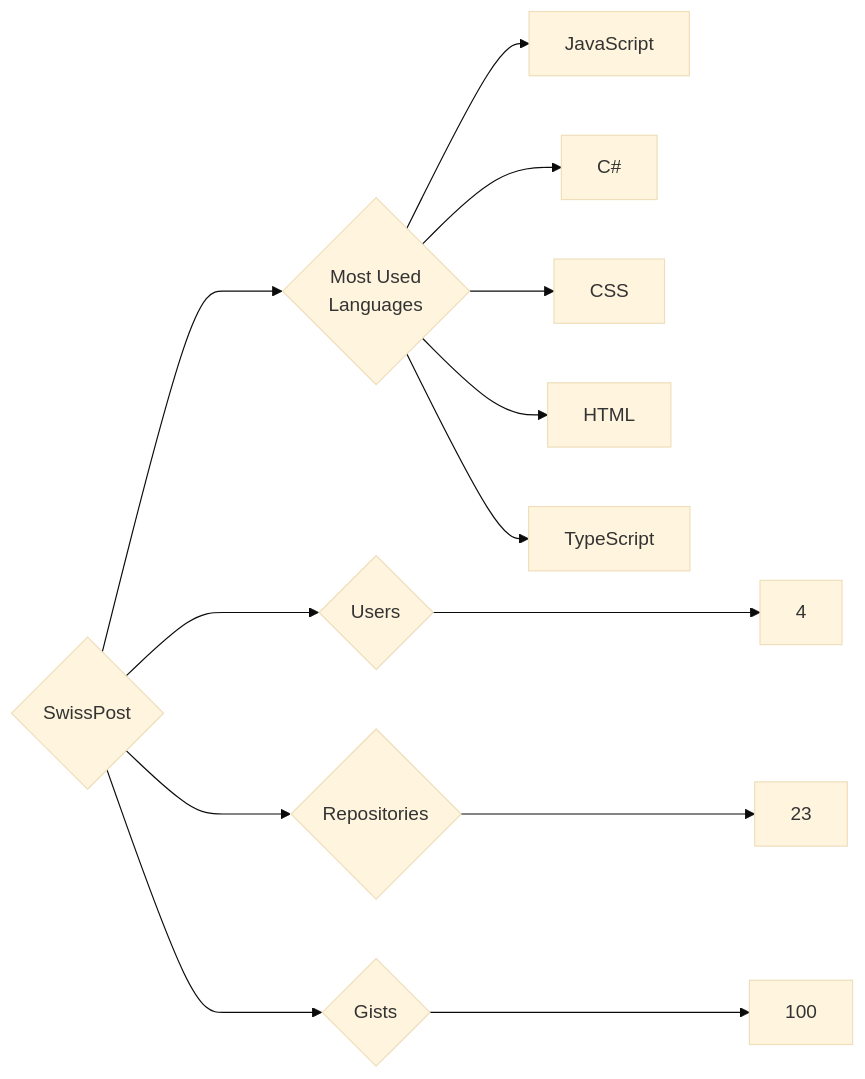
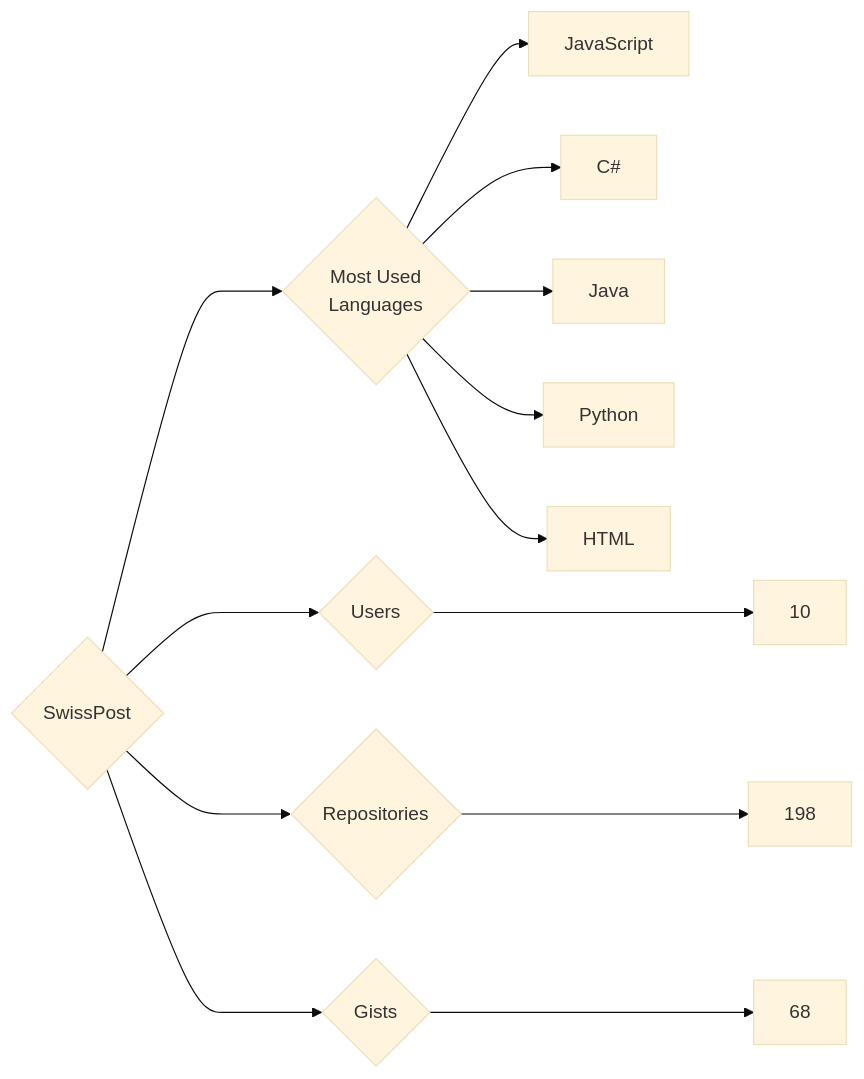
The diagram in targets/SwissPost/README.md (trickest/insiders), drawn with Mermaid (base theme) before and after one commit. The commit also changed 797 other files, not shown here.

````diff
--- a/targets/SwissPost/README.md
+++ b/targets/SwissPost/README.md
@@ -3,13 +3,13 @@
 ```mermaid
 graph LR
 COMPANY_NAME{SwissPost}
-COMPANY_NAME ---> U{Users} ---> UN[4]
-COMPANY_NAME ---> R{Repositories} ---> RN[23]
-COMPANY_NAME ---> G{Gists} ---> GN[100]
+COMPANY_NAME ---> U{Users} ---> UN[10]
+COMPANY_NAME ---> R{Repositories} ---> RN[198]
+COMPANY_NAME ---> G{Gists} ---> GN[68]
 COMPANY_NAME ---> ML{Most Used<br>Languages}
 ML --> JavaScript[JavaScript]
 ML --> C#[C#]
-ML --> CSS[CSS]
+ML --> Java[Java]
+ML --> Python[Python]
 ML --> HTML[HTML]
-ML --> TypeScript[TypeScript]
 ```
````
